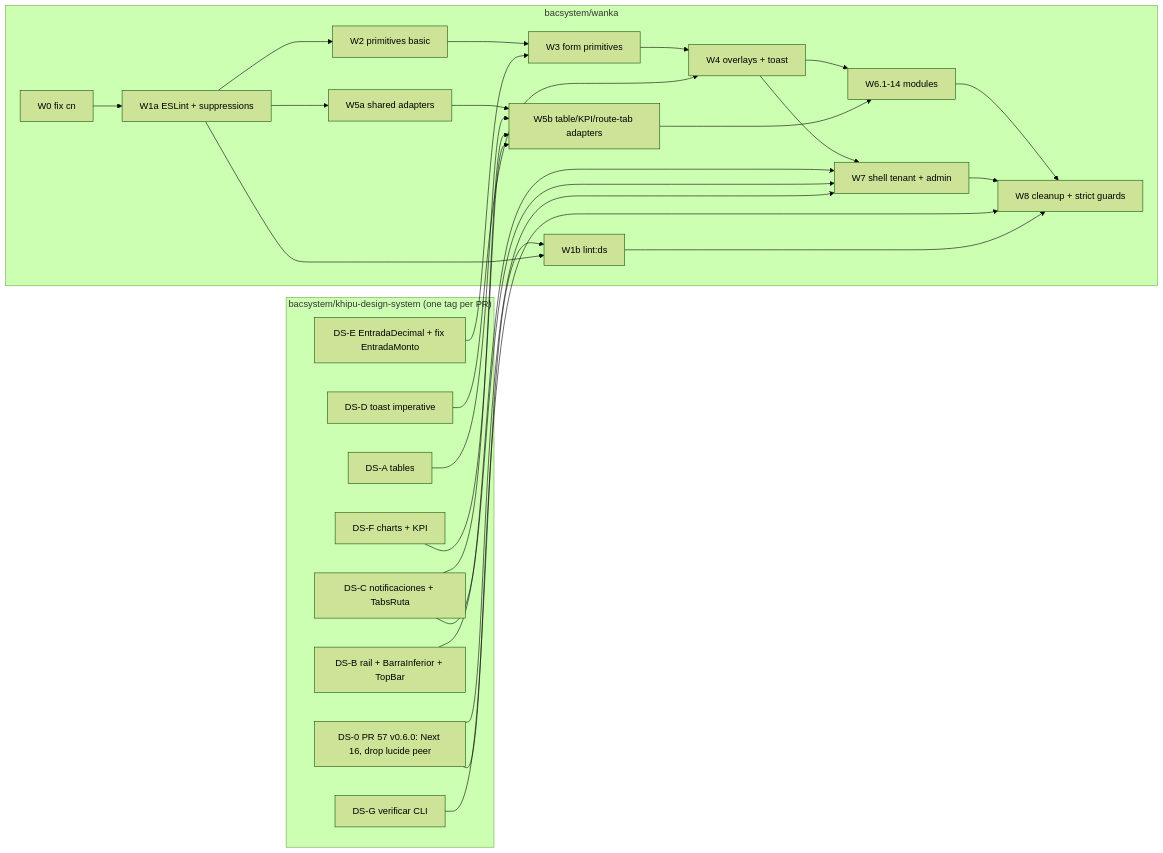
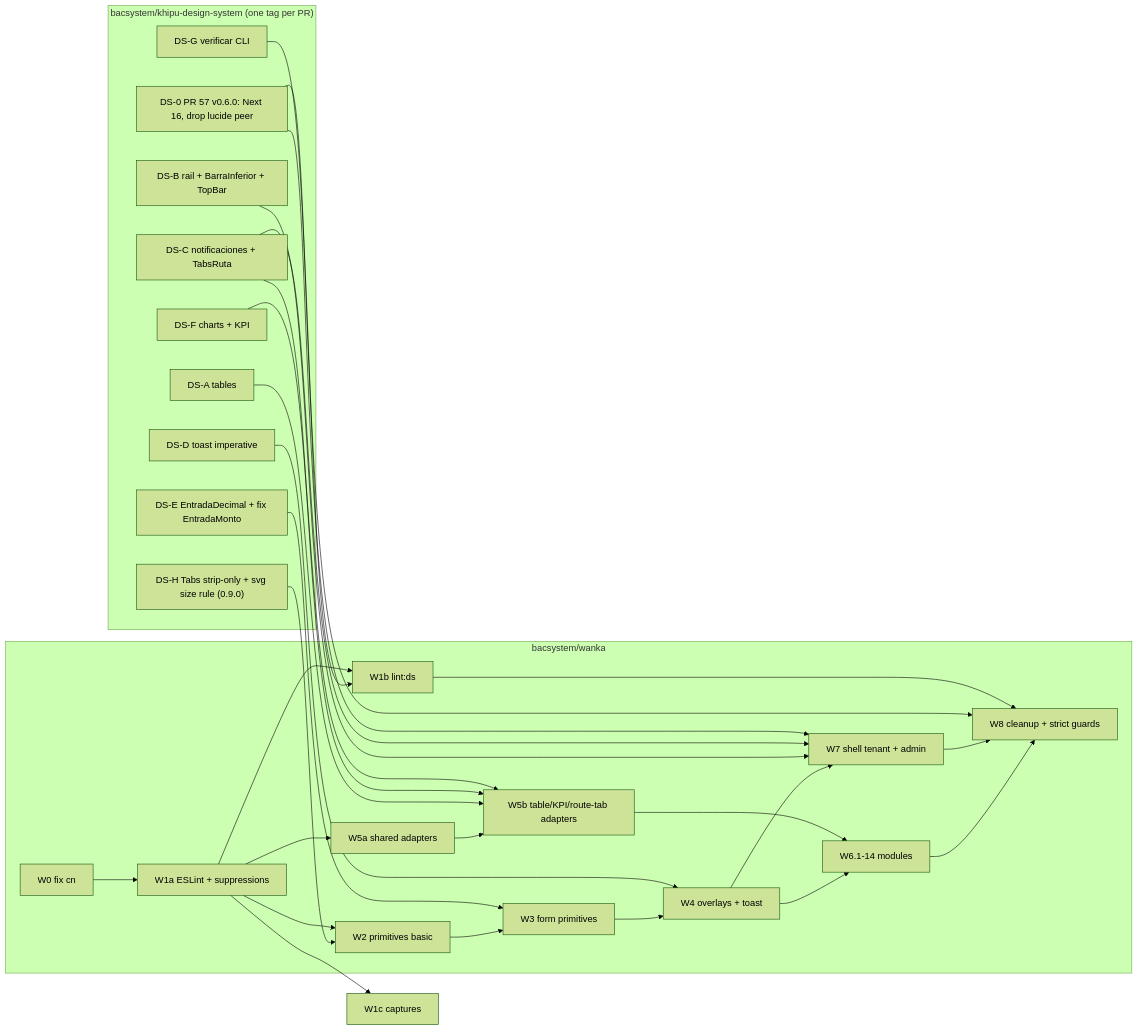
The diagram in docs/frontend-migration-khipu.mmd (bacsystem/wanka), drawn with Mermaid (forest theme) before and after one commit. The commit also changed 1 other file, not shown here.

```diff
--- a/docs/frontend-migration-khipu.mmd
+++ b/docs/frontend-migration-khipu.mmd
@@ -1,45 +1,48 @@
 flowchart LR
   subgraph DS["bacsystem/khipu-design-system (one tag per PR)"]
     DS0["DS-0 PR 57 v0.6.0: Next 16, drop lucide peer"]
     DSG["DS-G verificar CLI"]
     DSA["DS-A tables"]
     DSB["DS-B rail + BarraInferior + TopBar"]
     DSC["DS-C notificaciones + TabsRuta"]
     DSD["DS-D toast imperative"]
     DSE["DS-E EntradaDecimal + fix EntradaMonto"]
     DSF["DS-F charts + KPI"]
+    DSH["DS-H Tabs strip-only + svg size rule (0.9.0)"]
   end
   subgraph W["bacsystem/wanka"]
     W0["W0 fix cn"]
     W1a["W1a ESLint + suppressions"]
     W1b["W1b lint:ds"]
     W2["W2 primitives basic"]
     W3["W3 form primitives"]
     W4["W4 overlays + toast"]
     W5a["W5a shared adapters"]
     W5b["W5b table/KPI/route-tab adapters"]
     W6["W6.1-14 modules"]
     W7["W7 shell tenant + admin"]
     W8["W8 cleanup + strict guards"]
   end
   W0 --> W1a
   DSG --> W1b
   W1a --> W1b
+  W1a --> W1c["W1c captures"]
+  DSH --> W2
   W1a --> W2 --> W3 --> W4
   W1a --> W5a
   DSE --> W3
   DSD --> W4
   W5a --> W5b
   DSA --> W5b
   DSC --> W5b
   DSF --> W5b
   W4 --> W6
   W5b --> W6
   W4 --> W7
   DSB --> W7
   DSC --> W7
   W6 --> W8
   W7 --> W8
   DS0 --> W7
   DS0 --> W8
   W1b --> W8
```
